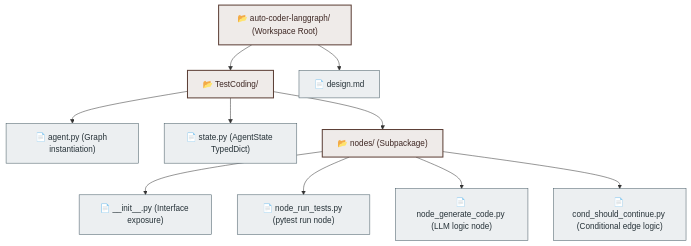
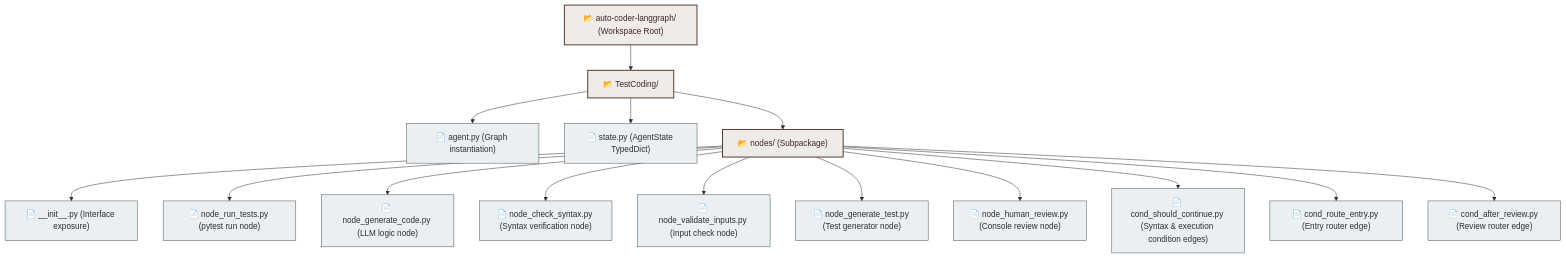
The third of 3 diagrams in README.md (boycececil666gmailcom/test-led-python-coder-agent), drawn with Mermaid before and after one commit. The commit also changed other lines of this file and 19 other files, not shown here.

Commit message:
feat: implement automated test generation and repair workflow using LangGraph nodes and state management

````diff
--- a/README.md
+++ b/README.md
@@ -68,18 +124,23 @@
 ```mermaid
 graph TD
     classDef dir fill:#efebe9,stroke:#5d4037,stroke-width:2px,color:#3e2723;
     classDef file fill:#eceff1,stroke:#455a64,stroke-width:1px,color:#263238;
 
     Workspace["📂 auto-coder-langgraph/ (Workspace Root)"]:::dir
     Workspace --> TestCoding["📂 TestCoding/"]:::dir
-    Workspace --> design_md["📄 design.md"]:::file
     
     TestCoding --> agent_py["📄 agent.py (Graph instantiation)"]:::file
     TestCoding --> state_py["📄 state.py (AgentState TypedDict)"]:::file
     TestCoding --> nodes_dir["📂 nodes/ (Subpackage)"]:::dir
     
     nodes_dir --> init_py["📄 __init__.py (Interface exposure)"]:::file
     nodes_dir --> node_run_tests_py["📄 node_run_tests.py (pytest run node)"]:::file
     nodes_dir --> node_generate_code_py["📄 node_generate_code.py (LLM logic node)"]:::file
-    nodes_dir --> cond_should_continue_py["📄 cond_should_continue.py (Conditional edge logic)"]:::file
+    nodes_dir --> node_check_syntax_py["📄 node_check_syntax.py (Syntax verification node)"]:::file
+    nodes_dir --> node_validate_inputs_py["📄 node_validate_inputs.py (Input check node)"]:::file
+    nodes_dir --> node_generate_test_py["📄 node_generate_test.py (Test generator node)"]:::file
+    nodes_dir --> node_human_review_py["📄 node_human_review.py (Console review node)"]:::file
+    nodes_dir --> cond_should_continue_py["📄 cond_should_continue.py (Syntax & execution condition edges)"]:::file
+    nodes_dir --> cond_route_entry_py["📄 cond_route_entry.py (Entry router edge)"]:::file
+    nodes_dir --> cond_after_review_py["📄 cond_after_review.py (Review router edge)"]:::file
 ```
````
